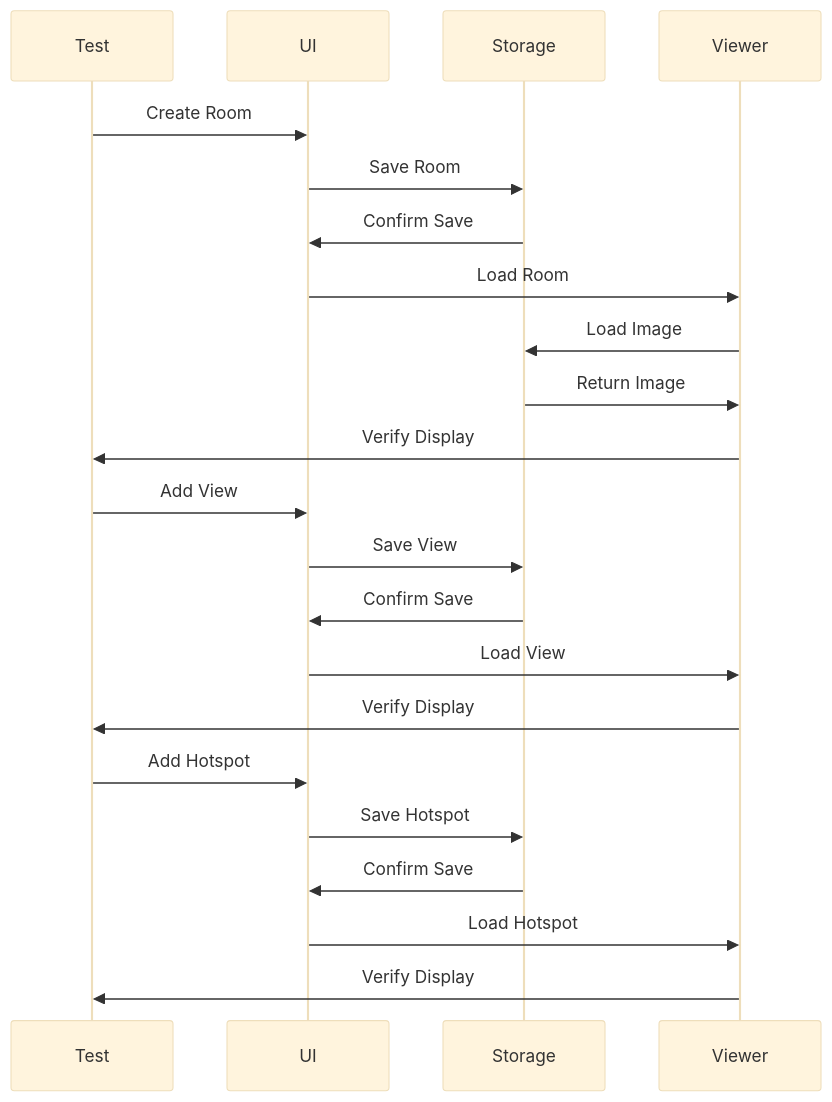
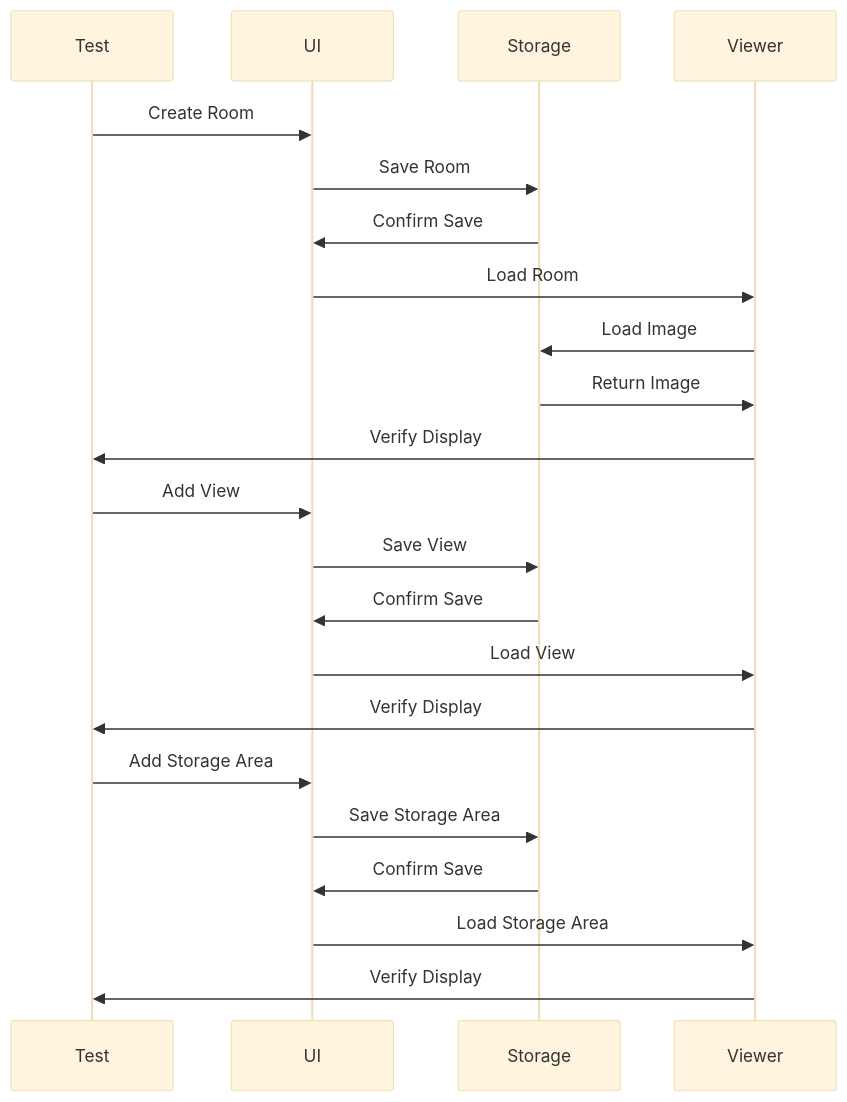
Diagram 14 of 14 in docs/phases/PHASE_1_LOCAL_STORAGE.md (straiforos/kitchen-360), drawn with Mermaid (base theme) before and after one commit. The commit also changed other lines of this file, not shown here.

First line of the commit message:
Refactor documentation and code structure for Storage Area management

````diff
--- a/docs/phases/PHASE_1_LOCAL_STORAGE.md
+++ b/docs/phases/PHASE_1_LOCAL_STORAGE.md
@@ -383,27 +410,27 @@
 ```mermaid
 sequenceDiagram
     participant Test
     participant UI
     participant Storage
     participant Viewer
     
     Test->>UI: Create Room
     UI->>Storage: Save Room
     Storage->>UI: Confirm Save
     UI->>Viewer: Load Room
     Viewer->>Storage: Load Image
     Storage->>Viewer: Return Image
     Viewer->>Test: Verify Display
     
     Test->>UI: Add View
     UI->>Storage: Save View
     Storage->>UI: Confirm Save
     UI->>Viewer: Load View
     Viewer->>Test: Verify Display
     
-    Test->>UI: Add Hotspot
-    UI->>Storage: Save Hotspot
+    Test->>UI: Add Storage Area
+    UI->>Storage: Save Storage Area
     Storage->>UI: Confirm Save
-    UI->>Viewer: Load Hotspot
+    UI->>Viewer: Load Storage Area
     Viewer->>Test: Verify Display
 ```
````
